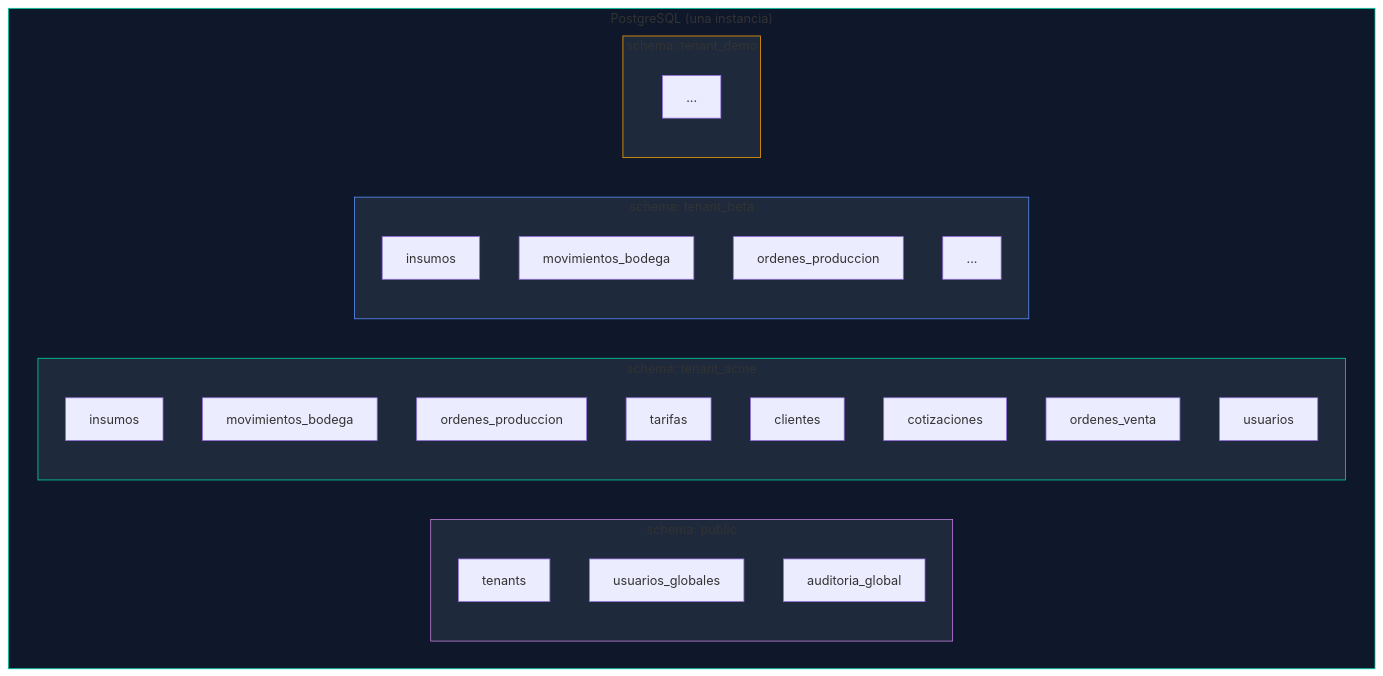
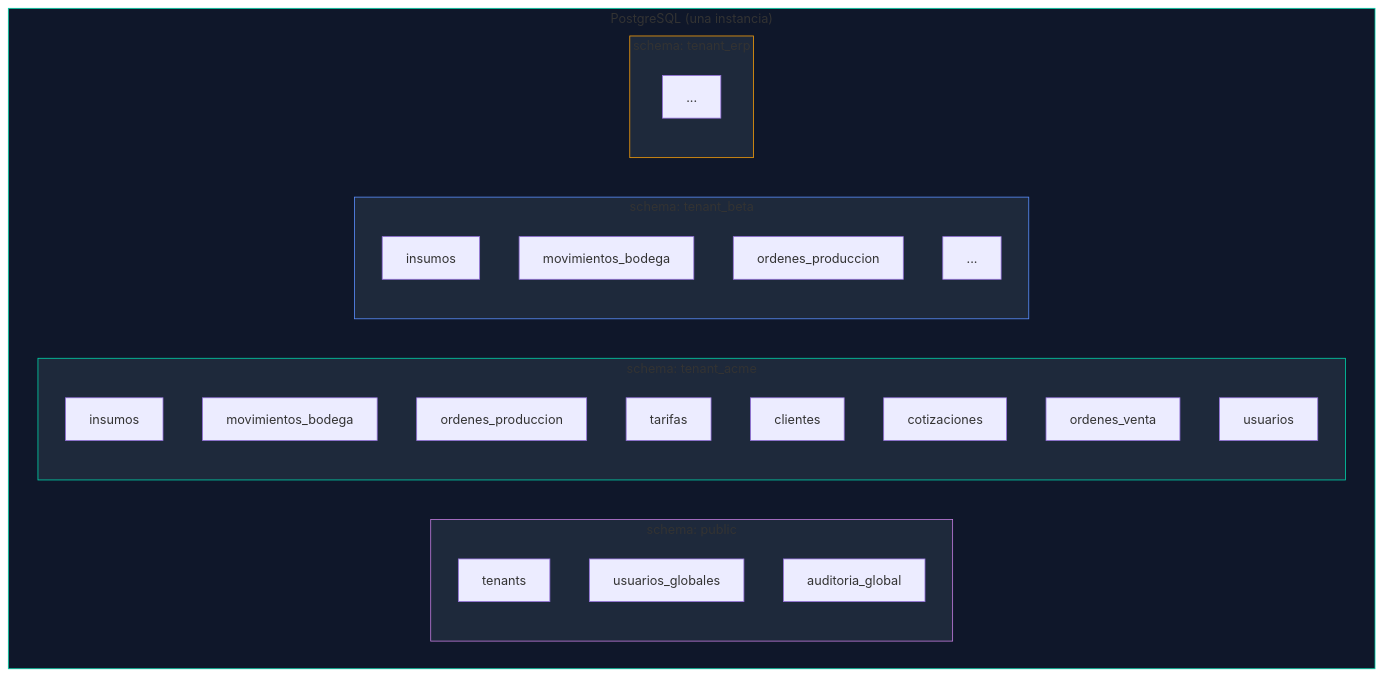
The third of 10 diagrams in docs/architecture.md (nfl26/erp-project), drawn with Mermaid before and after one commit. The commit also changed 12 other files, not shown here.

First line of the commit message:
fix(schema): rename tenant_demo to tenant_erp [A1]

````diff
--- a/docs/architecture.md
+++ b/docs/architecture.md
@@ -177,38 +177,38 @@
 ```mermaid
 graph TB
     subgraph PG["PostgreSQL (una instancia)"]
         subgraph PUB["schema: public"]
             P1[tenants]
             P2[usuarios_globales]
             P3[auditoria_global]
         end
 
         subgraph T1["schema: tenant_acme"]
             A1[insumos]
             A2[movimientos_bodega]
             A3[ordenes_produccion]
             A4[tarifas]
             A5[clientes]
             A6[cotizaciones]
             A7[ordenes_venta]
             A8[usuarios]
         end
 
         subgraph T2["schema: tenant_beta"]
             B1[insumos]
             B2[movimientos_bodega]
             B3[ordenes_produccion]
             B4[...]
         end
 
-        subgraph T3["schema: tenant_demo"]
+        subgraph T3["schema: tenant_erp"]
             D1[...]
         end
     end
 
     style PG fill:#0f172a,stroke:#00d4aa
     style PUB fill:#1e293b,stroke:#c47de0
     style T1 fill:#1e293b,stroke:#00d4aa
     style T2 fill:#1e293b,stroke:#5b8fff
     style T3 fill:#1e293b,stroke:#f59e0b
 ```
````
